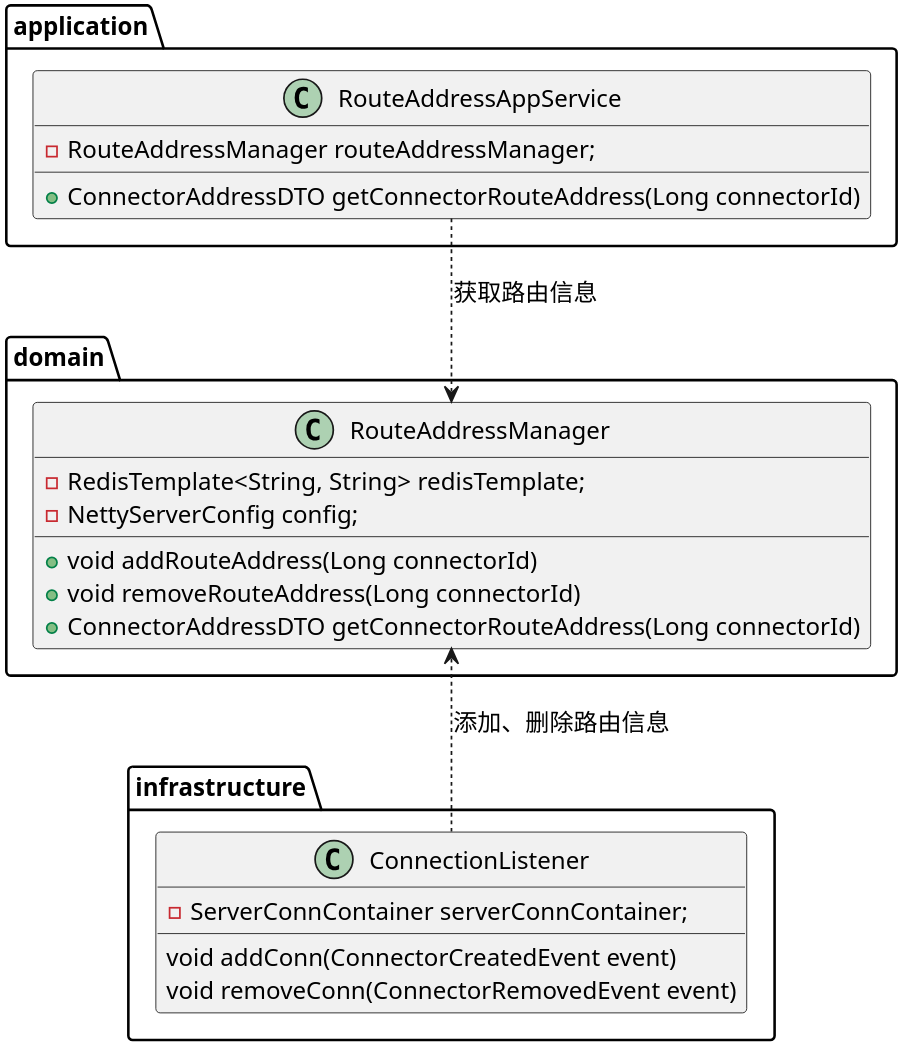
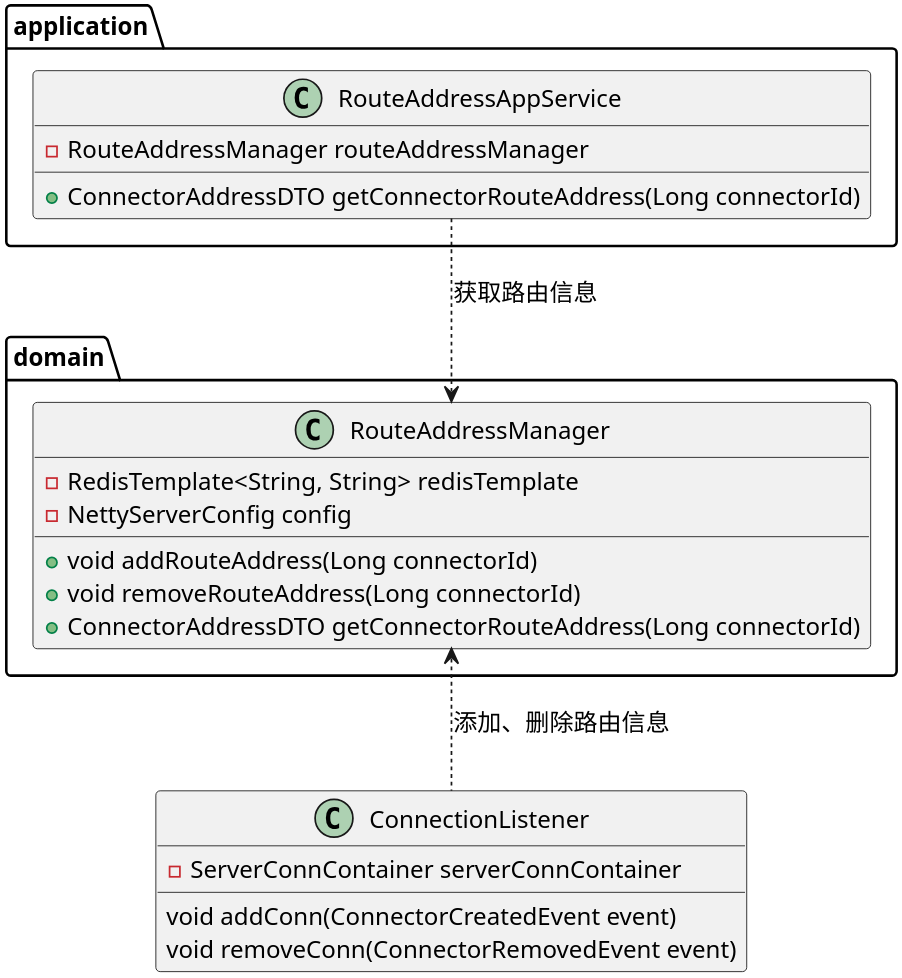
One commit to Etherealss/MessagePusher changed the diagram in uml/connect/路由/连接者路由.puml. Above: the diagram before and after it, drawn with PlantUML. The commit also changed 10 other files, not shown here.

Commit message:
feature: uml

```diff
--- a/uml/connect/路由/连接者路由.puml
+++ b/uml/connect/路由/连接者路由.puml
@@ -1,41 +1,39 @@
 @startuml
 'https://plantuml.com/class-diagram
 skinparam shadowing false
 skinparam defaultFontName xfonts-wqy
 skinparam dpi 300
 skinparam activity  {
     DiamondFontSize 14
     ArrowFontSize 14
     FontSize 14
 }
 
 package application {
     class RouteAddressAppService {
-        - RouteAddressManager routeAddressManager;
+        - RouteAddressManager routeAddressManager
         + ConnectorAddressDTO getConnectorRouteAddress(Long connectorId)
     }
 }
 
 
 package domain {
     class RouteAddressManager {
-        - RedisTemplate<String, String> redisTemplate;
-        - NettyServerConfig config;
+        - RedisTemplate<String, String> redisTemplate
+        - NettyServerConfig config
         + void addRouteAddress(Long connectorId)
         + void removeRouteAddress(Long connectorId)
         + ConnectorAddressDTO getConnectorRouteAddress(Long connectorId)
     }
 }
 
-package infrastructure {
-    class ConnectionListener {
-        - ServerConnContainer serverConnContainer;
-        void addConn(ConnectorCreatedEvent event)
-        void removeConn(ConnectorRemovedEvent event)
-    }
+class ConnectionListener {
+    - ServerConnContainer serverConnContainer
+    void addConn(ConnectorCreatedEvent event)
+    void removeConn(ConnectorRemovedEvent event)
 }
 
 RouteAddressAppService ..> RouteAddressManager: 获取路由信息
 RouteAddressManager <.. ConnectionListener: 添加、删除路由信息
 
 @enduml
```
